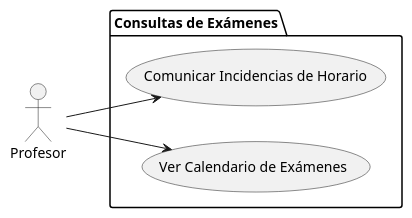
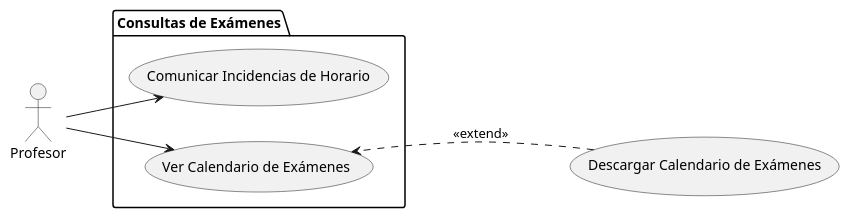
Before and after one commit to Alejandrojuarez0105/25-26-IdSw1-SdR: the diagram in casos-de-uso/modelosUML/CdUProfesor.puml, drawn with PlantUML. The commit also changed 8 other files, not shown here.

First line of the commit message:
Corrección en los casos de uso y creación del diagrama de estados del generador

```diff
--- a/casos-de-uso/modelosUML/CdUProfesor.puml
+++ b/casos-de-uso/modelosUML/CdUProfesor.puml
@@ -1,14 +1,19 @@
 @startuml CdU_Profesor
 left to right direction
 
 actor Profesor
 
 package "Consultas de Exámenes" {
     usecase "Comunicar Incidencias de Horario" as ComunicarIncidencias
     usecase "Ver Calendario de Exámenes" as VerCalendario
 }
 
+usecase "Descargar Calendario de Exámenes" as DescargarCalendario
+
 Profesor --> ComunicarIncidencias
 Profesor --> VerCalendario
+VerCalendario -[hidden]--> DescargarCalendario
+
+DescargarCalendario ..> VerCalendario : <<extend>>
 
 @enduml
```
